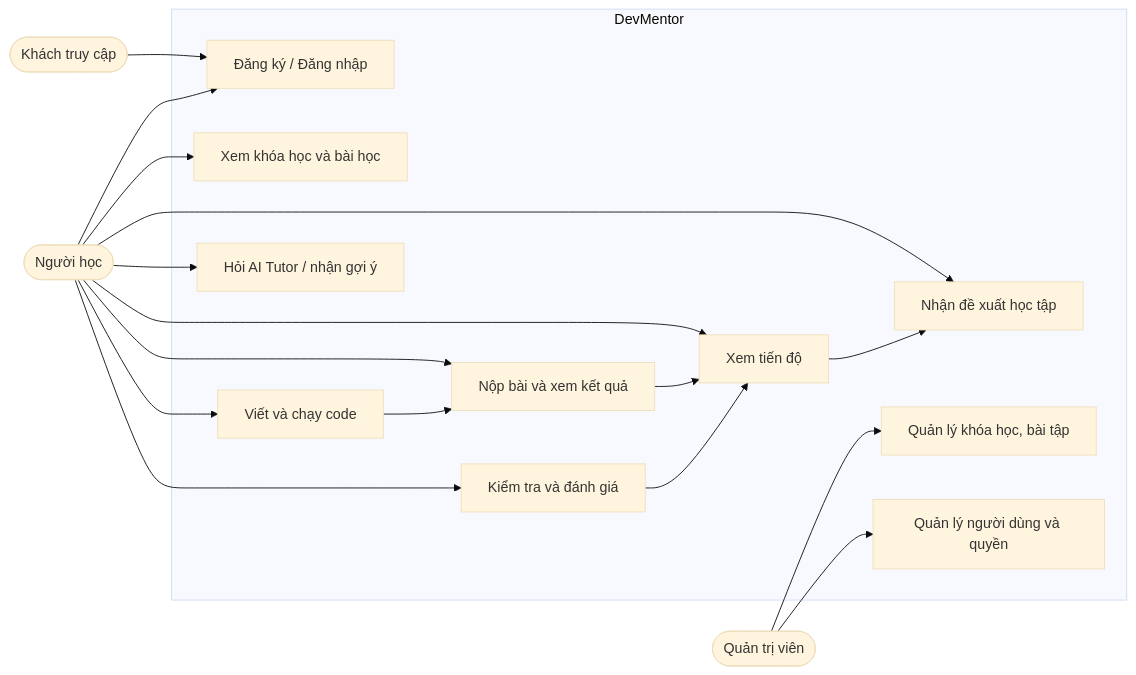
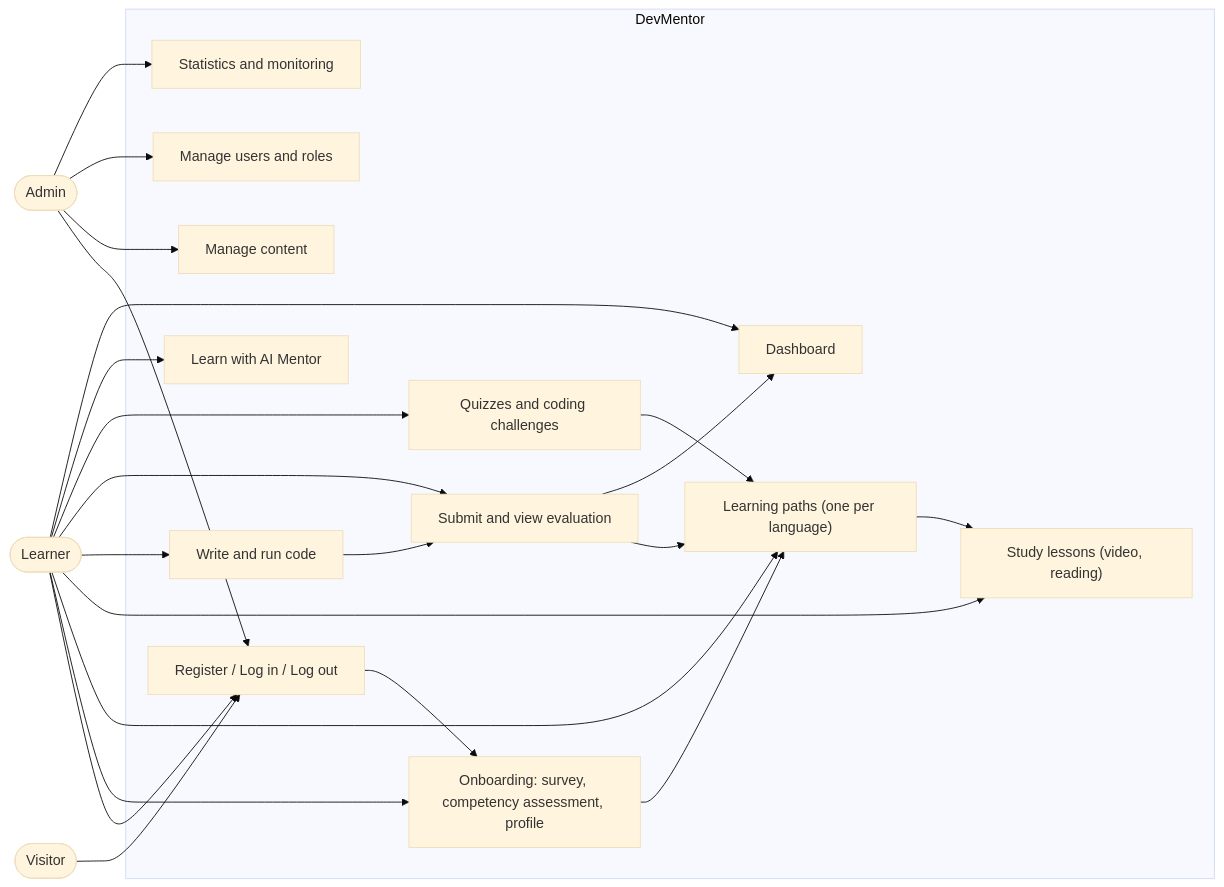
Before and after one commit to tiu42/DevMentor: the first of 7 diagrams in README.md, drawn with Mermaid (base theme). The commit also changed other lines of this file and 18 other files, not shown here.

````diff
--- a/README.md
+++ b/README.md
@@ -101,36 +167,44 @@
 ``` mermaid
 flowchart LR
-    learner(["Người học"])
-    visitor(["Khách truy cập"])
-    admin(["Quản trị viên"])
+    visitor(["Visitor"])
+    learner(["Learner"])
+    admin(["Admin"])
 
     subgraph DevMentor["DevMentor"]
-        auth["Đăng ký / Đăng nhập"]
-        learn["Xem khóa học và bài học"]
-        code["Viết và chạy code"]
-        submit["Nộp bài và xem kết quả"]
-        tutor["Hỏi AI Tutor / nhận gợi ý"]
-        assess["Kiểm tra và đánh giá"]
-        progress["Xem tiến độ"]
-        recommend["Nhận đề xuất học tập"]
-        manage["Quản lý khóa học, bài tập"]
-        users["Quản lý người dùng và quyền"]
+        auth["Register / Log in / Log out"]
+        onboard["Onboarding: survey, competency assessment, profile"]
+        path["Learning paths (one per language)"]
+        learn["Study lessons (video, reading)"]
+        code["Write and run code"]
+        submit["Submit and view evaluation"]
+        assess["Quizzes and coding challenges"]
+        mentor["Learn with AI Mentor"]
+        dash["Dashboard"]
+        content["Manage content"]
+        users["Manage users and roles"]
+        monitor["Statistics and monitoring"]
     end
 
     visitor --> auth
     learner --> auth
+    learner --> onboard
+    learner --> path
     learner --> learn
     learner --> code
     learner --> submit
-    learner --> tutor
     learner --> assess
-    learner --> progress
-    learner --> recommend
-    admin --> manage
+    learner --> mentor
+    learner --> dash
+    admin --> auth
+    admin --> content
     admin --> users
+    admin --> monitor
 
+    auth --> onboard
+    onboard --> path
+    path --> learn
     code --> submit
-    submit --> progress
-    assess --> progress
-    progress --> recommend
+    assess --> path
+    submit --> path
+    submit --> dash
 ```
````
